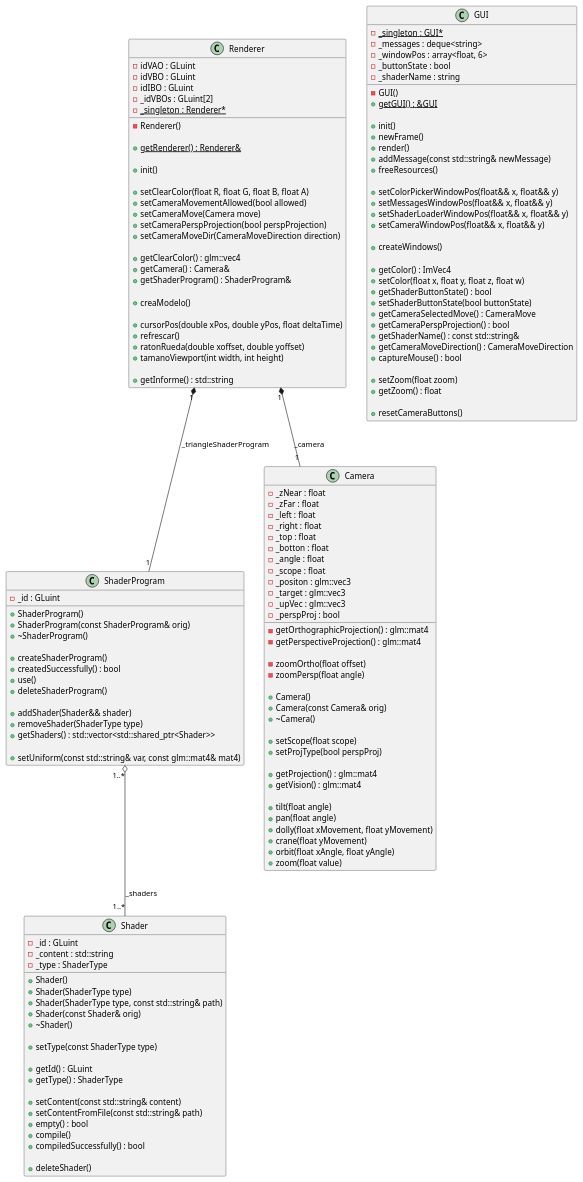
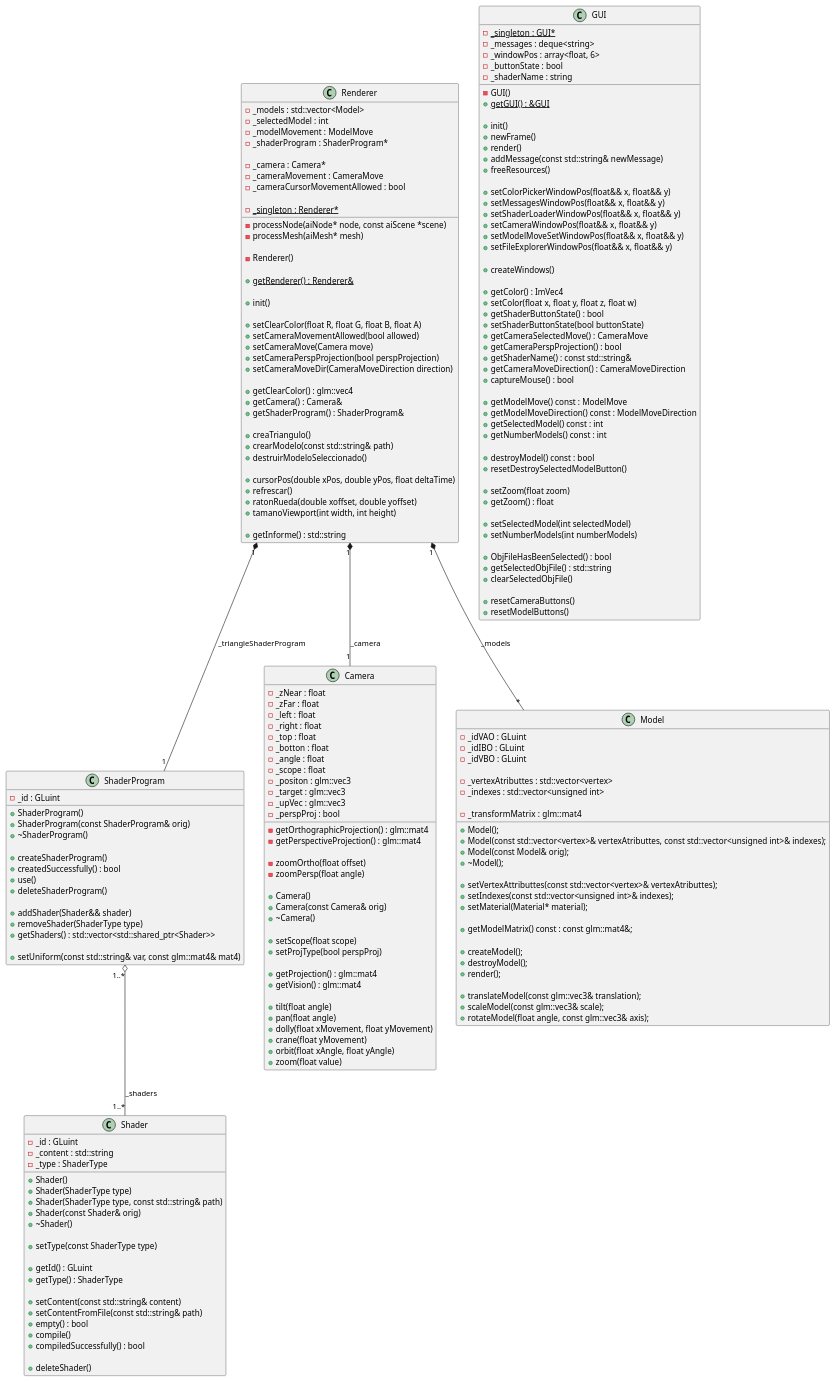
One commit to ahg00048/PAG_PROJECT changed the diagram in img/UML.puml. Above: the diagram before and after it, drawn with PlantUML. The commit also changed 4 other files, not shown here.

```diff
--- a/img/UML.puml
+++ b/img/UML.puml
@@ -2,11 +2,21 @@
 'https://plantuml.com/class-diagram
 
 class Renderer {
-    - idVAO : GLuint
-    - idVBO : GLuint
-    - idIBO : GLuint
-    - _idVBOs : GLuint[2]
+
+    - _models : std::vector<Model>
+    - _selectedModel : int
+    - _modelMovement : ModelMove
+    - _shaderProgram : ShaderProgram*
+
+    - _camera : Camera*
+    - _cameraMovement : CameraMove
+    - _cameraCursorMovementAllowed : bool
+
     - {static} _singleton : Renderer*
+
+    - processNode(aiNode* node, const aiScene *scene)
+    - processMesh(aiMesh* mesh)
+
     - Renderer()
 
     + {static} getRenderer() : Renderer&
@@ -23,7 +33,9 @@
     + getCamera() : Camera&
     + getShaderProgram() : ShaderProgram&
 
-    + creaModelo()
+    + creaTriangulo()
+    + crearModelo(const std::string& path)
+    + destruirModeloSeleccionado()
 
     + cursorPos(double xPos, double yPos, float deltaTime)
     + refrescar()
@@ -53,6 +65,8 @@
     + setMessagesWindowPos(float&& x, float&& y)
     + setShaderLoaderWindowPos(float&& x, float&& y)
     + setCameraWindowPos(float&& x, float&& y)
+    + setModelMoveSetWindowPos(float&& x, float&& y)
+    + setFileExplorerWindowPos(float&& x, float&& y)
 
     + createWindows()
 
@@ -64,13 +78,28 @@
     + getCameraPerspProjection() : bool
     + getShaderName() : const std::string&
     + getCameraMoveDirection() : CameraMoveDirection
-    +captureMouse() : bool
+    + captureMouse() : bool
+
+    + getModelMove() const : ModelMove
+    + getModelMoveDirection() const : ModelMoveDirection
+    + getSelectedModel() const : int
+    + getNumberModels() const : int
+
+    + destroyModel() const : bool
+    + resetDestroySelectedModelButton()
 
     + setZoom(float zoom)
     + getZoom() : float
 
+    + setSelectedModel(int selectedModel)
+    + setNumberModels(int numberModels)
+
+    + ObjFileHasBeenSelected() : bool
+    + getSelectedObjFile() : std::string
+    + clearSelectedObjFile()
+
     + resetCameraButtons()
-
+    + resetModelButtons()
 }
 
 class Shader {
@@ -155,8 +184,39 @@
     + zoom(float value)
 }
 
+class Model {
+        - _idVAO : GLuint
+        - _idIBO : GLuint
+        - _idVBO : GLuint
+
+        - _vertexAtributtes : std::vector<vertex>
+        - _indexes : std::vector<unsigned int>
+
+        - _transformMatrix :  glm::mat4
+
+        + Model();
+        + Model(const std::vector<vertex>& vertexAtributtes, const std::vector<unsigned int>& indexes);
+        + Model(const Model& orig);
+        + ~Model();
+
+        + setVertexAttributtes(const std::vector<vertex>& vertexAtributtes);
+        + setIndexes(const std::vector<unsigned int>& indexes);
+        + setMaterial(Material* material);
+
+        + getModelMatrix() const : const glm::mat4&;
+
+        + createModel();
+        + destroyModel();
+        + render();
+
+        + translateModel(const glm::vec3& translation);
+        + scaleModel(const glm::vec3& scale);
+        + rotateModel(float angle, const glm::vec3& axis);
+}
+
 ShaderProgram "1..*" o-- "1..*" Shader : _shaders
 Renderer "1" *-- "1" ShaderProgram : _triangleShaderProgram
+Renderer "1" *-- "*" Model : _models
 Renderer "1" *-- "1" Camera : _camera
 
 @enduml
```
